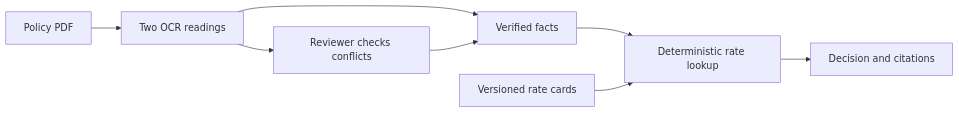
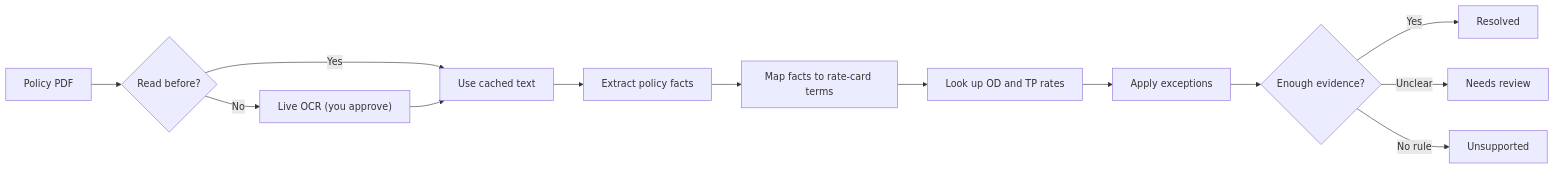
Before and after one commit to puneet-chandna/ARGUS: the diagram in README.md, drawn with Mermaid. The commit also changed other lines of this file and 29 other files, not shown here.

````diff
--- a/README.md
+++ b/README.md
@@ -30,10 +75,15 @@
 ```mermaid
 flowchart LR
-    A["Policy PDF"] --> B["Two OCR readings"]
-    B --> C["Verified facts"]
-    B --> D["Reviewer checks conflicts"]
-    D --> C
-    C --> E["Deterministic rate lookup"]
-    F["Versioned rate cards"] --> E
-    E --> G["Decision and citations"]
+    A["Policy PDF"] --> B{"Read before?"}
+    B -- "Yes" --> D["Use cached text"]
+    B -- "No" --> C["Live OCR (you approve)"]
+    C --> D
+    D --> E["Extract policy facts"]
+    E --> F["Map facts to rate-card terms"]
+    F --> G["Look up OD and TP rates"]
+    G --> H["Apply exceptions"]
+    H --> I{"Enough evidence?"}
+    I -- "Yes" --> J["Resolved"]
+    I -- "Unclear" --> K["Needs review"]
+    I -- "No rule" --> L["Unsupported"]
 ```
````
